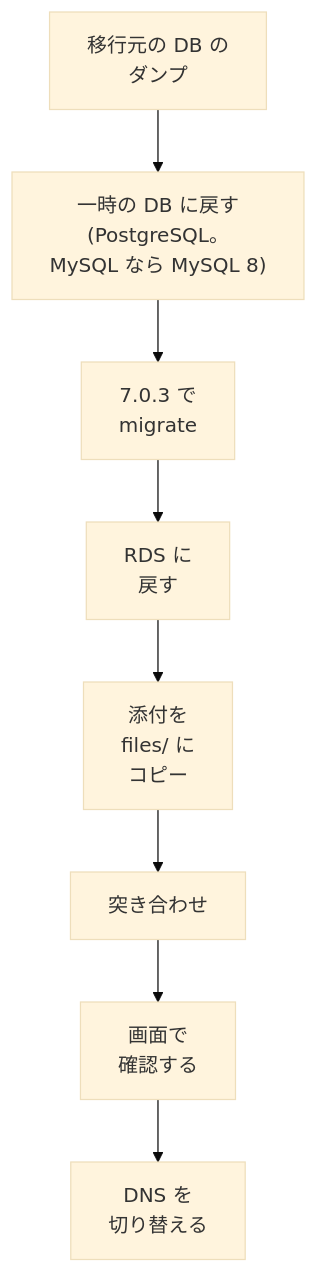
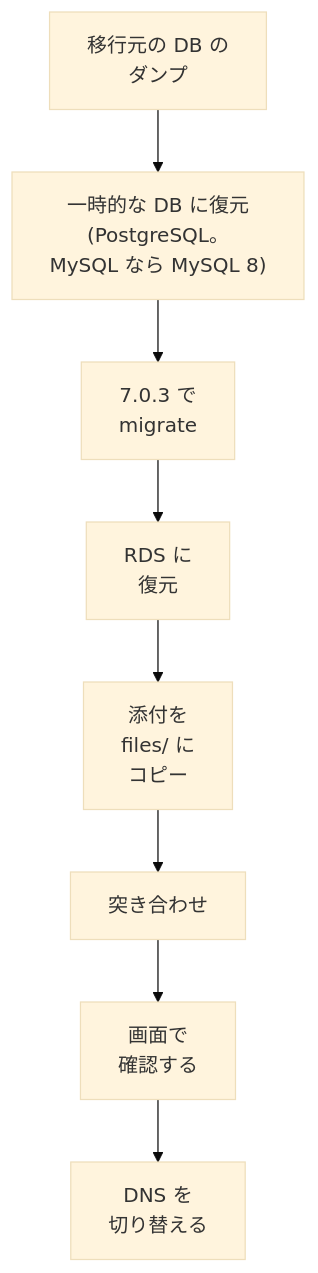
Before and after one commit to redmine-kit/serverless: the first of 2 diagrams in docs/ja/migration.md, drawn with Mermaid (base theme). The commit also changed other lines of this file and 19 other files, not shown here.

````diff
--- a/docs/ja/migration.md
+++ b/docs/ja/migration.md
@@ -21,10 +21,10 @@
 ```mermaid
 flowchart TD
-  a["移行元の DB の<br>ダンプ"] --> b["一時の DB に戻す<br>(PostgreSQL。<br>MySQL なら MySQL 8)"]
+  a["移行元の DB の<br>ダンプ"] --> b["一時的な DB に復元<br>(PostgreSQL。<br>MySQL なら MySQL 8)"]
   b --> c["7.0.3 で<br>migrate"]
-  c --> x["RDS に<br>戻す"]
+  c --> x["RDS に<br>復元"]
   x --> d["添付を<br>files/ に<br>コピー"]
   d --> e["突き合わせ"]
   e --> f["画面で<br>確認する"]
   f --> g["DNS を<br>切り替える"]
 ```
````
